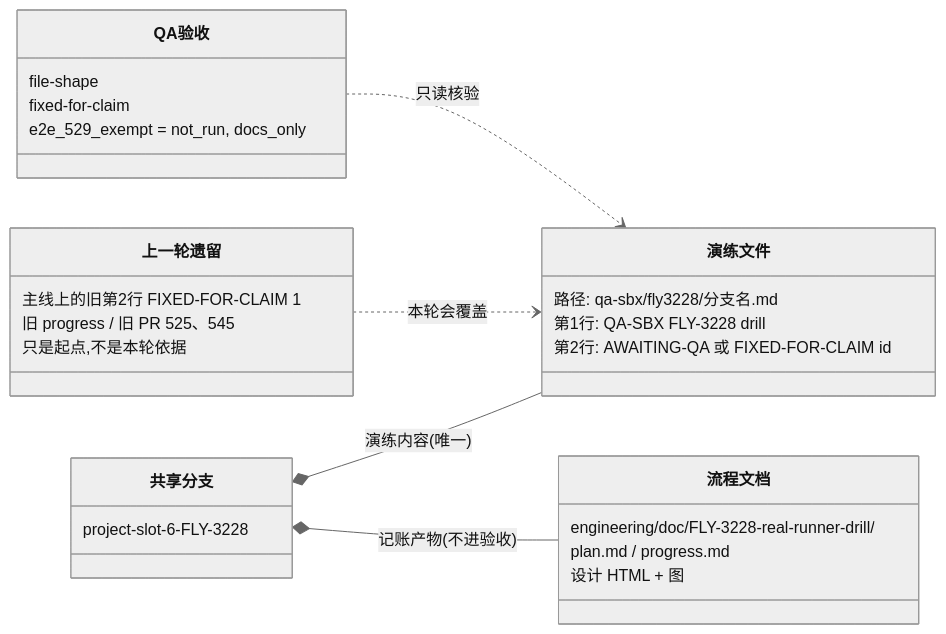
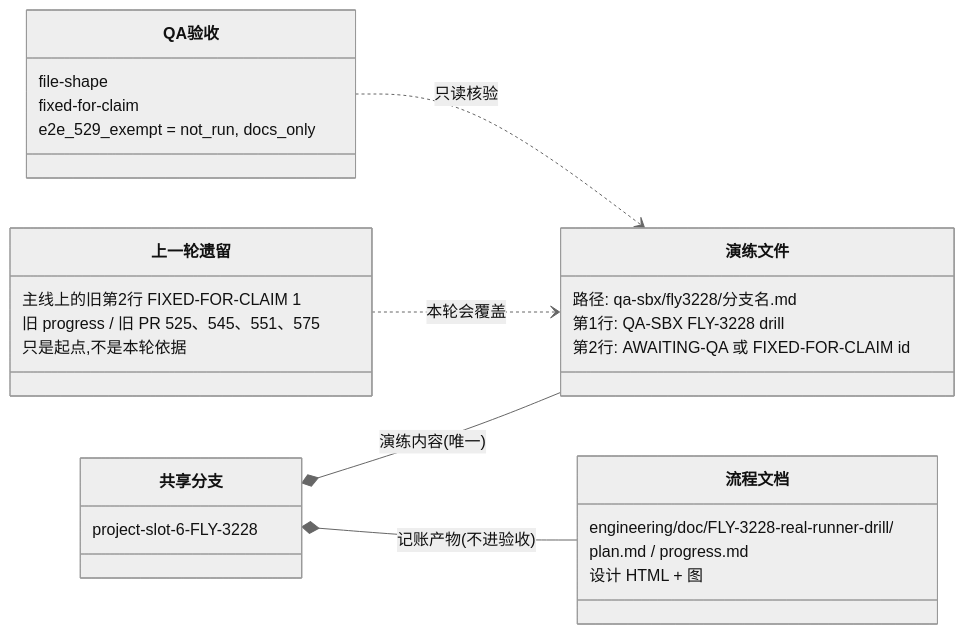
One commit to xrliAnnie/flywheel-qa-sandbox changed the diagram in engineering/doc/FLY-3228-real-runner-drill/d2-data-model.mmd. Above: the diagram before and after it, drawn with Mermaid (neutral theme). The commit also changed 4 other files, not shown here.

```diff
--- a/engineering/doc/FLY-3228-real-runner-drill/d2-data-model.mmd
+++ b/engineering/doc/FLY-3228-real-runner-drill/d2-data-model.mmd
@@ -1,29 +1,29 @@
 classDiagram
     direction LR
     class 共享分支 {
         project-slot-6-FLY-3228
     }
     class 演练文件 {
         路径: qa-sbx/fly3228/分支名.md
         第1行: QA-SBX FLY-3228 drill
         第2行: AWAITING-QA 或 FIXED-FOR-CLAIM id
     }
     class 上一轮遗留 {
         主线上的旧第2行 FIXED-FOR-CLAIM 1
-        旧 progress / 旧 PR 525、545
+        旧 progress / 旧 PR 525、545、551、575
         只是起点,不是本轮依据
     }
     class 流程文档 {
         engineering/doc/FLY-3228-real-runner-drill/
         plan.md / progress.md
         设计 HTML + 图
     }
     class QA验收 {
         file-shape
         fixed-for-claim
         e2e_529_exempt = not_run, docs_only
     }
     共享分支 *-- 演练文件 : 演练内容(唯一)
     共享分支 *-- 流程文档 : 记账产物(不进验收)
     上一轮遗留 ..> 演练文件 : 本轮会覆盖
     QA验收 ..> 演练文件 : 只读核验
```
